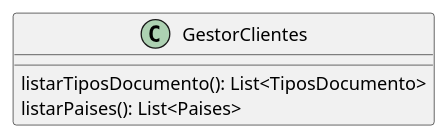
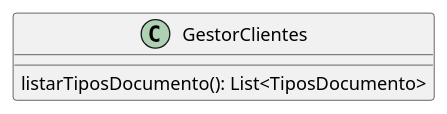
One commit to ZMGestion/DocumentacionZMGestion changed the diagram in DiagramaClases/Gestores/GestorClientes.puml. Above: the diagram before and after it, drawn with PlantUML. The commit also changed 2 other files, not shown here.

```diff
--- a/DiagramaClases/Gestores/GestorClientes.puml
+++ b/DiagramaClases/Gestores/GestorClientes.puml
@@ -1,7 +1,7 @@
 @startuml GestorClientes
 class GestorClientes{
     listarTiposDocumento(): List<TiposDocumento>
-    listarPaises(): List<Paises>
+    
 }
 
 @enduml
```
